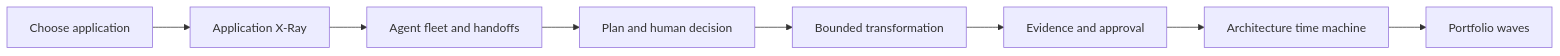
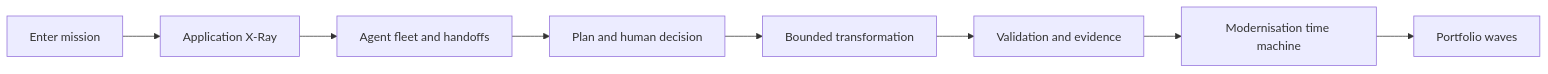
Before and after one commit to ravi0130/CopilotWith-RVAS: the first of 2 diagrams in docs/ARCHITECTURE.md, drawn with Mermaid. The commit also changed other lines of this file and 5 other files, not shown here.

Commit message:
Reframe RVAS as guided modernisation mission

````diff
--- a/docs/ARCHITECTURE.md
+++ b/docs/ARCHITECTURE.md
@@ -7,10 +7,10 @@
 ```mermaid
 flowchart LR
-    M[Choose application] --> X[Application X-Ray]
+    M[Enter mission] --> X[Application X-Ray]
     X --> A[Agent fleet and handoffs]
     A --> P[Plan and human decision]
     P --> T[Bounded transformation]
-    T --> E[Evidence and approval]
-    E --> F[Architecture time machine]
+    T --> E[Validation and evidence]
+    E --> F[Modernisation time machine]
     F --> W[Portfolio waves]
 ```
````
